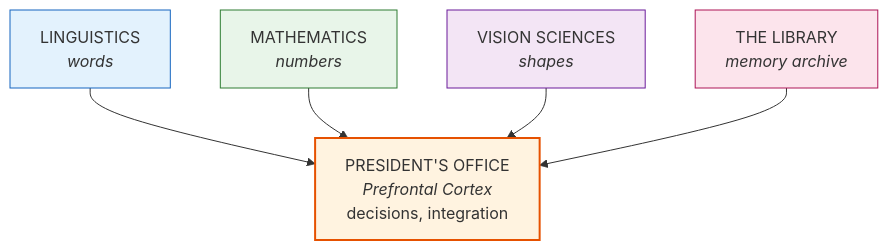
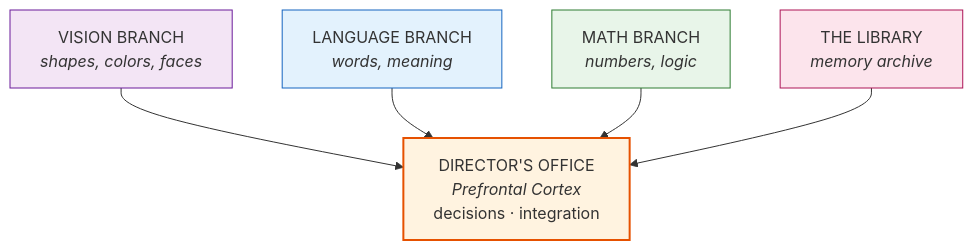
The first of 6 diagrams in The-Brain-Story.md (HariOm-Labs/brain-before-ai), drawn with Mermaid before and after one commit. The commit also changed other lines of this file, not shown here.

````diff
--- a/The-Brain-Story.md
+++ b/The-Brain-Story.md
@@ -46,20 +46,20 @@
 ```mermaid
 flowchart TD
-    PFC[PRESIDENT'S OFFICE<br/><i>Prefrontal Cortex</i><br/>decisions, integration]
+    PFC[DIRECTOR'S OFFICE<br/><i>Prefrontal Cortex</i><br/>decisions · integration]
 
-    L[LINGUISTICS<br/><i>words</i>]
-    M[MATHEMATICS<br/><i>numbers</i>]
-    V[VISION SCIENCES<br/><i>shapes</i>]
-    MEM[THE LIBRARY<br/><i>memory archive</i>]
+    V[VISION BRANCH<br/><i>shapes, colors, faces</i>]
+    L[LANGUAGE BRANCH<br/><i>words, meaning</i>]
+    M[MATH BRANCH<br/><i>numbers, logic</i>]
+    LIB[THE LIBRARY<br/><i>memory archive</i>]
 
+    V --> PFC
     L --> PFC
     M --> PFC
-    V --> PFC
-    MEM --> PFC
+    LIB --> PFC
 
     style PFC fill:#fff3e0,stroke:#e65100,stroke-width:2px
+    style V fill:#f3e5f5,stroke:#6a1b9a
     style L fill:#e3f2fd,stroke:#1565c0
     style M fill:#e8f5e9,stroke:#2e7d32
-    style V fill:#f3e5f5,stroke:#6a1b9a
-    style MEM fill:#fce4ec,stroke:#ad1457
+    style LIB fill:#fce4ec,stroke:#ad1457
 ```
````
